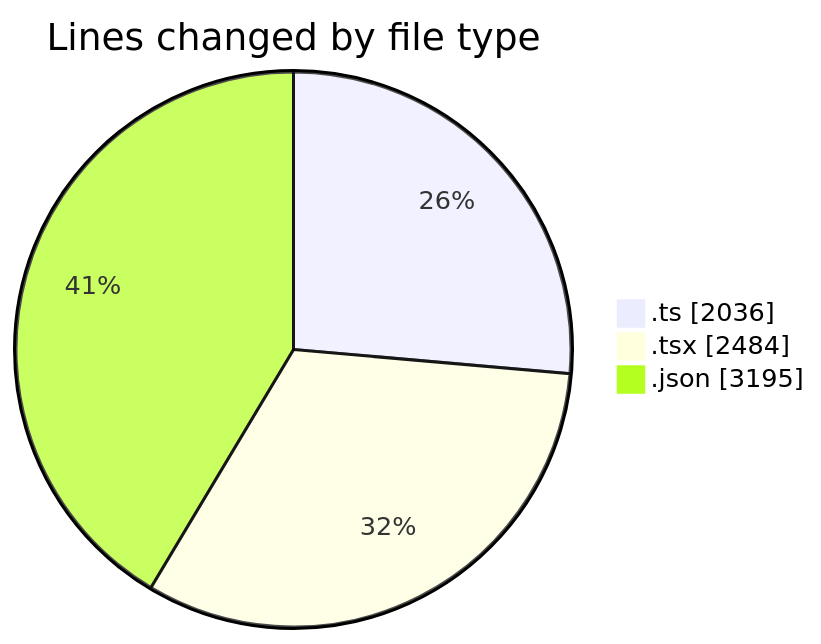
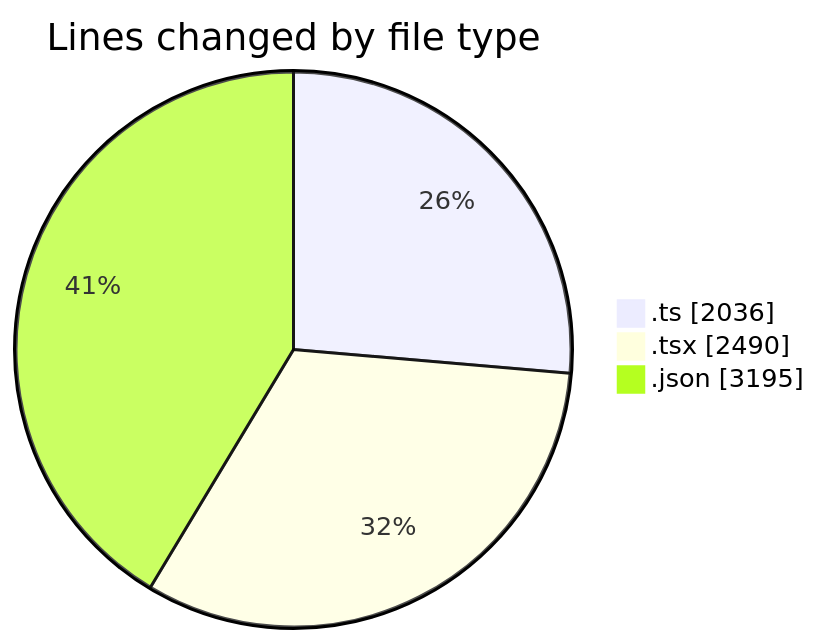
One commit to julien-gomy/code-tracking changed the first of 2 diagrams in 2025-10-23/eventscop-frontend-guide__workspace_/README.md. Above: the diagram before and after it, drawn with Mermaid. The commit also changed other lines of this file and 1 other file, not shown here.

````diff
--- a/2025-10-23/eventscop-frontend-guide__workspace_/README.md
+++ b/2025-10-23/eventscop-frontend-guide__workspace_/README.md
@@ -37,7 +37,7 @@
 ```mermaid
 pie showData
 title Lines changed by file type
 ".ts" : 2036
-".tsx" : 2484
+".tsx" : 2490
 ".json" : 3195
 ```
````
